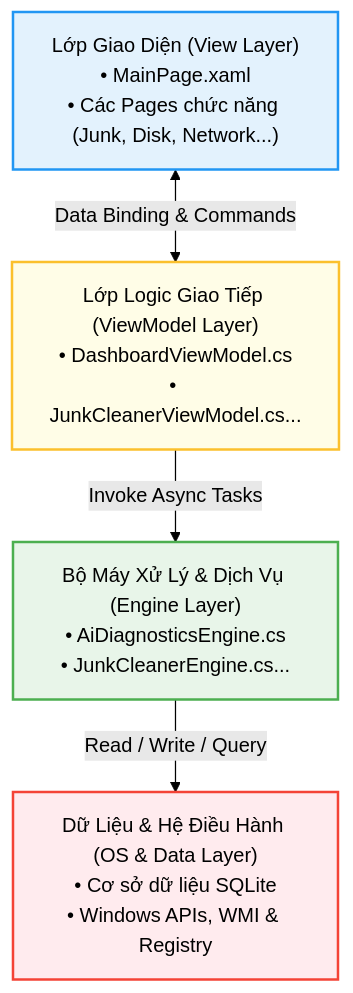
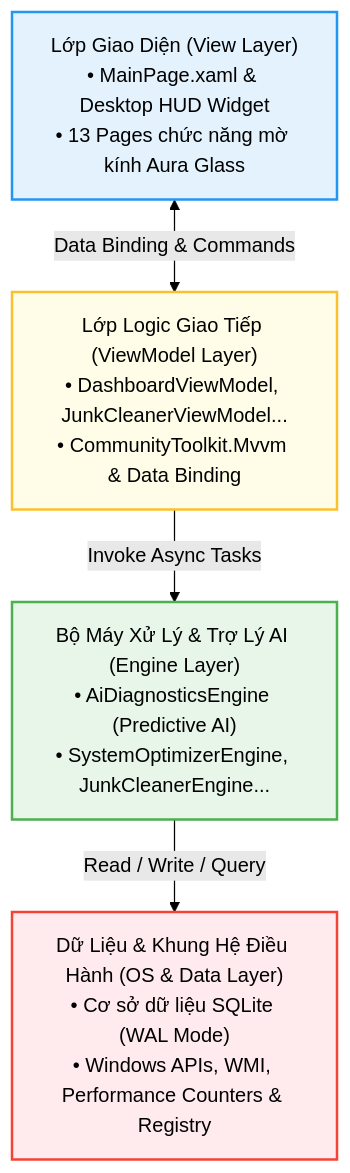
The diagram in README.md (Nguyen-Trung-Tien/WinCarePro), drawn with Mermaid (forest theme) before and after one commit. The commit also changed other lines of this file and 3 other files, not shown here.

````diff
--- a/README.md
+++ b/README.md
@@ -40,17 +41,17 @@
 ```mermaid
 graph TD
     %% Styling
     classDef ui fill:#E3F2FD,stroke:#2196F3,stroke-width:2px;
     classDef vm fill:#FFFDE7,stroke:#FBC02D,stroke-width:2px;
     classDef engine fill:#E8F5E9,stroke:#4CAF50,stroke-width:2px;
     classDef data fill:#FFEBEE,stroke:#F44336,stroke-width:2px;
 
-    UI["Lớp Giao Diện (View Layer)<br/>• MainPage.xaml<br/>• Các Pages chức năng (Junk, Disk, Network...)"]:::ui
-    VM["Lớp Logic Giao Tiếp (ViewModel Layer)<br/>• DashboardViewModel.cs<br/>• JunkCleanerViewModel.cs..."]:::vm
-    Engine["Bộ Máy Xử Lý & Dịch Vụ (Engine Layer)<br/>• AiDiagnosticsEngine.cs<br/>• JunkCleanerEngine.cs..."]:::engine
-    Data["Dữ Liệu & Hệ Điều Hành (OS & Data Layer)<br/>• Cơ sở dữ liệu SQLite<br/>• Windows APIs, WMI & Registry"]:::data
+    UI["Lớp Giao Diện (View Layer)<br/>• MainPage.xaml & Desktop HUD Widget<br/>• 13 Pages chức năng mờ kính Aura Glass"]:::ui
+    VM["Lớp Logic Giao Tiếp (ViewModel Layer)<br/>• DashboardViewModel, JunkCleanerViewModel...<br/>• CommunityToolkit.Mvvm & Data Binding"]:::vm
+    Engine["Bộ Máy Xử Lý & Trợ Lý AI (Engine Layer)<br/>• AiDiagnosticsEngine (Predictive AI)<br/>• SystemOptimizerEngine, JunkCleanerEngine..."]:::engine
+    Data["Dữ Liệu & Khung Hệ Điều Hành (OS & Data Layer)<br/>• Cơ sở dữ liệu SQLite (WAL Mode)<br/>• Windows APIs, WMI, Performance Counters & Registry"]:::data
 
     UI <--> |Data Binding & Commands| VM
     VM --> |Invoke Async Tasks| Engine
     Engine --> |Read / Write / Query| Data
 ```
````
